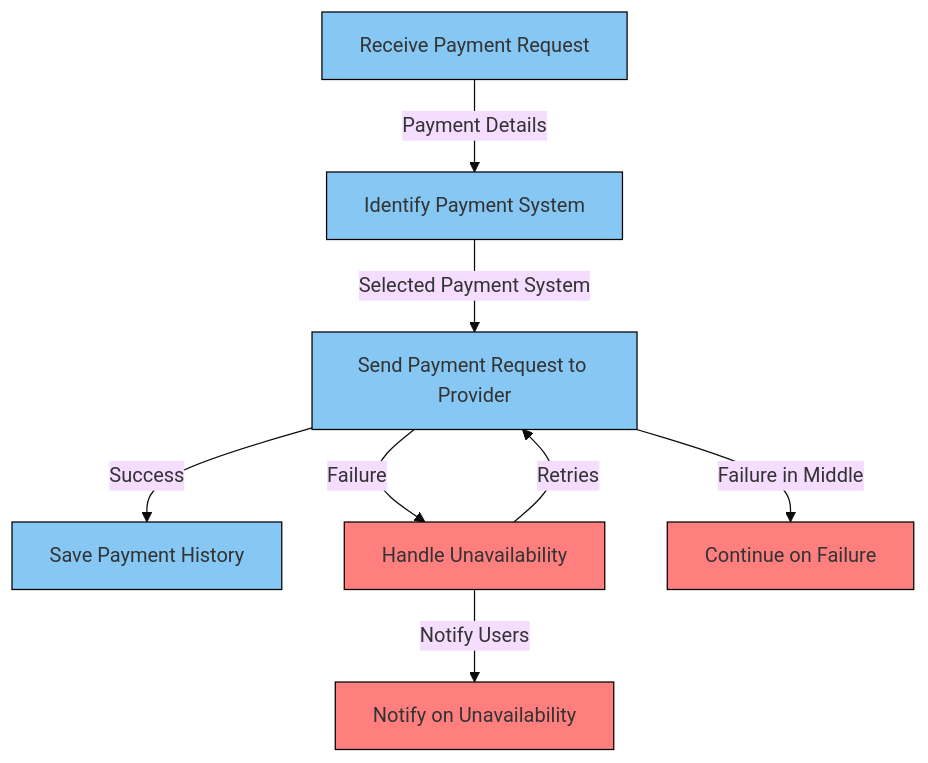
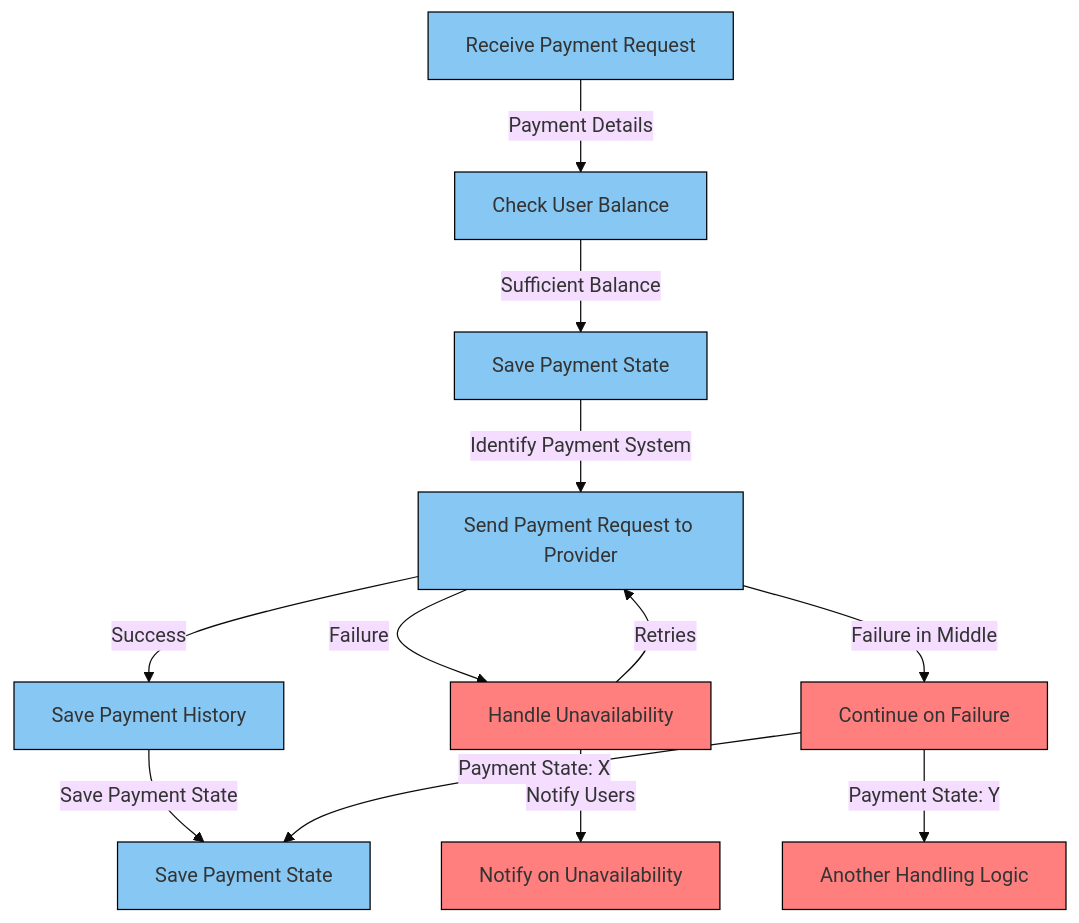
One commit to sIvanovKonstantyn/AI-generated-system changed the diagram in documentation/payments processing.md. Above: the diagram before and after it, drawn with Mermaid (base theme).

Commit message:
Change diagram

````diff
--- a/documentation/payments processing.md
+++ b/documentation/payments processing.md
@@ -4,19 +4,26 @@
 ```mermaid
 graph TD
-  A[Receive Payment Request] -->|Payment Details| B[Identify Payment System]
-  B -->|Selected Payment System| C[Send Payment Request to Provider]
-  C -->|Success| D[Save Payment History]
-  C -->|Failure| E[Handle Unavailability]
-  E -->|Retries| C
-  E -->|Notify Users| F[Notify on Unavailability]
-  C -->|Failure in Middle| G[Continue on Failure]
-
+  A[Receive Payment Request] -->|Payment Details| B[Check User Balance]
+  B -->|Sufficient Balance| C[Save Payment State]
+  C -->|Identify Payment System| D[Send Payment Request to Provider]
+  D -->|Success| E[Save Payment History]
+  D -->|Failure| F[Handle Unavailability]
+  F -->|Retries| D
+  F -->|Notify Users| G[Notify on Unavailability]
+  D -->|Failure in Middle| H[Continue on Failure]
+  E -->|Save Payment State| I[Save Payment State]
+  H -->|Payment State: X| I[Save Payment State]
+  H -->|Payment State: Y| J[Another Handling Logic]
+  
   style A fill:#86C7F3,stroke:#000
   style B fill:#86C7F3,stroke:#000
   style C fill:#86C7F3,stroke:#000
   style D fill:#86C7F3,stroke:#000
-  style E fill:#FF7F7F,stroke:#000
+  style E fill:#86C7F3,stroke:#000
   style F fill:#FF7F7F,stroke:#000
   style G fill:#FF7F7F,stroke:#000
+  style H fill:#FF7F7F,stroke:#000
+  style I fill:#86C7F3,stroke:#000
+  style J fill:#FF7F7F,stroke:#000
 
 ```
````
